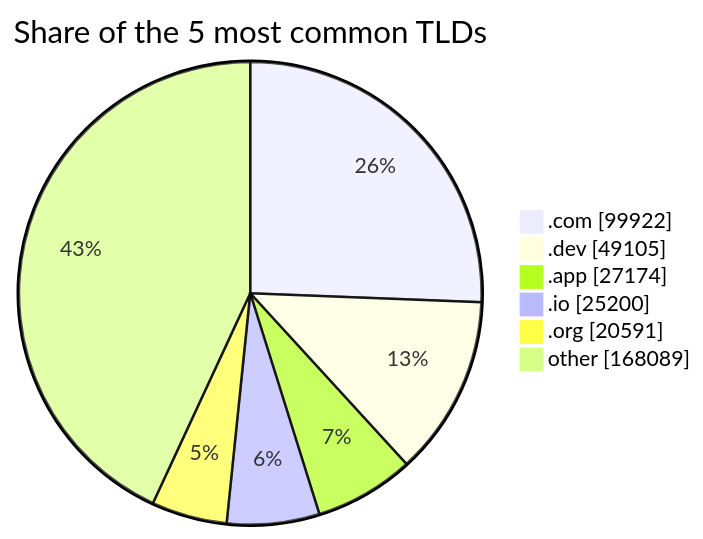
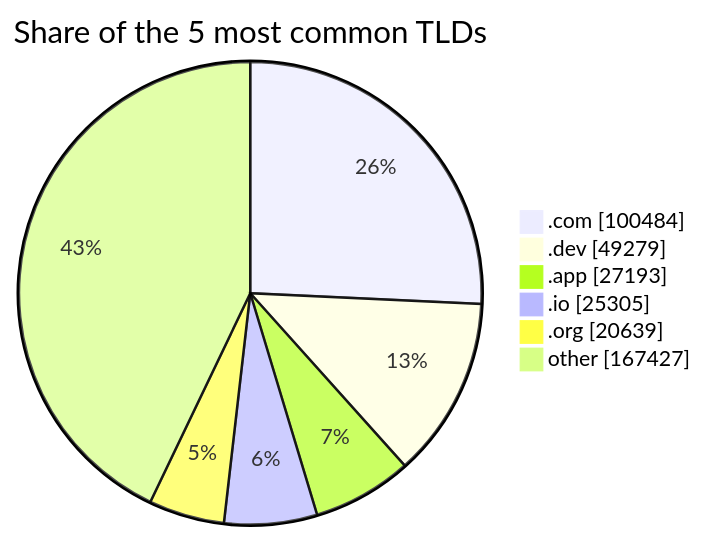
Before and after one commit to DNSBunker/CTI: the third of 3 diagrams in README.md, drawn with Mermaid. The commit also changed other lines of this file and 3 other files, not shown here.

````diff
--- a/README.md
+++ b/README.md
@@ -81,9 +81,9 @@
 ```mermaid
 pie showData title Share of the 5 most common TLDs
-    ".com" : 99922
-    ".dev" : 49105
-    ".app" : 27174
-    ".io" : 25200
-    ".org" : 20591
-    "other" : 168089
+    ".com" : 100484
+    ".dev" : 49279
+    ".app" : 27193
+    ".io" : 25305
+    ".org" : 20639
+    "other" : 167427
 ```
````
